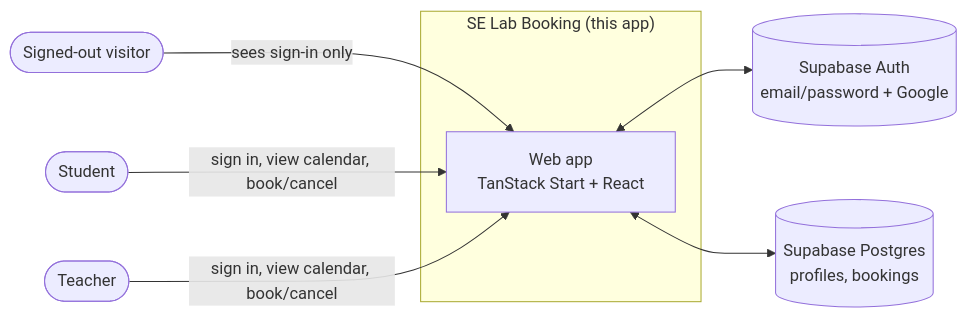
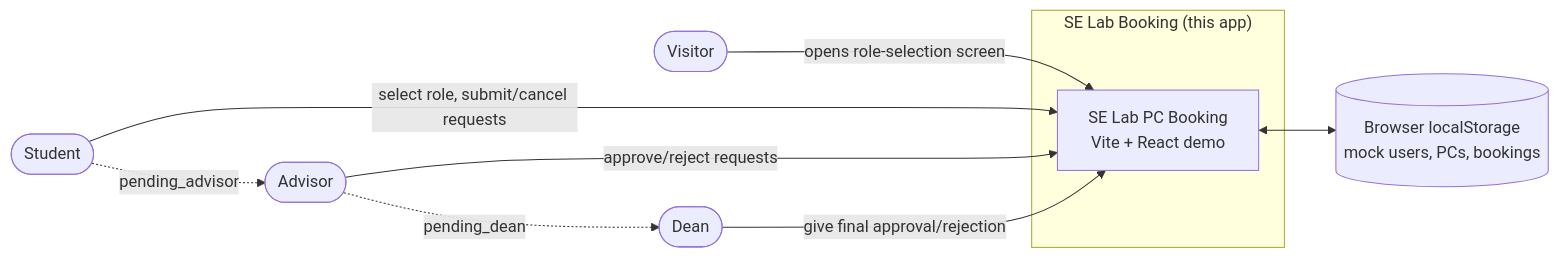
The diagram in .docs/02-design/diagrams/01-context-diagram.md (Leng201202/SE-Lab-Booking-System), drawn with Mermaid before and after one commit. The commit also changed other lines of this file and 4 other files, not shown here.

Commit message:
update system design diagrams

````diff
--- a/.docs/02-design/diagrams/01-context-diagram.md
+++ b/.docs/02-design/diagrams/01-context-diagram.md
@@ -3,19 +3,22 @@
 ```mermaid
 flowchart LR
     Student([Student])
-    Teacher([Teacher])
-    Visitor([Signed-out visitor])
+    Advisor([Advisor])
+    Dean([Dean])
+    Visitor([Visitor])
 
     subgraph System["SE Lab Booking (this app)"]
-        Web[Web app\nTanStack Start + React]
+        Web[SE Lab PC Booking\nVite + React demo]
     end
 
-    Auth[(Supabase Auth\nemail/password + Google)]
-    DB[(Supabase Postgres\nprofiles, bookings)]
+    Store[(Browser localStorage\nmock users, PCs, bookings)]
 
-    Visitor -->|sees sign-in only| Web
-    Student -->|sign in, view calendar, book/cancel| Web
-    Teacher -->|sign in, view calendar, book/cancel| Web
-    Web <--> Auth
-    Web <--> DB
+    Visitor -->|opens role-selection screen| Web
+    Student -->|select role, submit/cancel requests| Web
+    Advisor -->|approve/reject requests| Web
+    Dean -->|give final approval/rejection| Web
+    Web <--> Store
+
+    Student -.->|pending_advisor| Advisor
+    Advisor -.->|pending_dean| Dean
 ```
````
